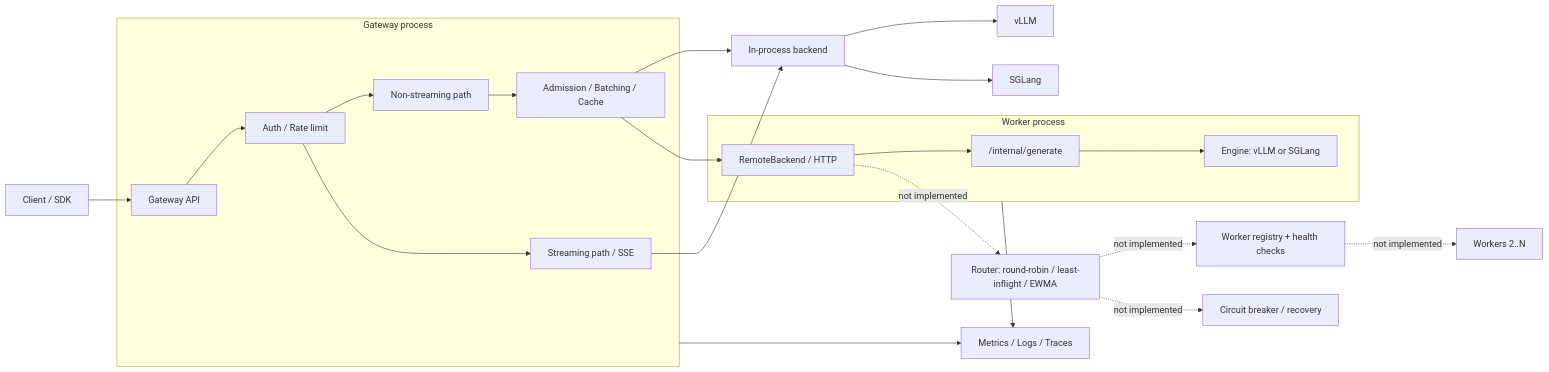
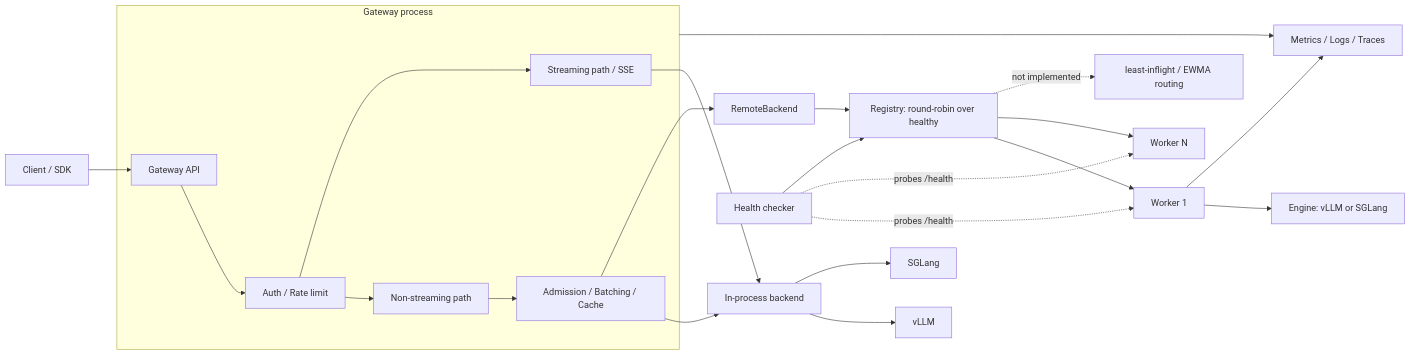
Before and after one commit to Kare0638/V-Gate: the diagram in README.md, drawn with Mermaid. The commit also changed other lines of this file and 10 other files, not shown here.

First line of the commit message:
feat: route across multiple workers with health-based failover

````diff
--- a/README.md
+++ b/README.md
@@ -53,31 +53,31 @@
 ```mermaid
 flowchart LR
     Client[Client / SDK] --> API[Gateway API]
 
     subgraph GW[Gateway process]
         API --> Sec[Auth / Rate limit]
         Sec --> NonStream[Non-streaming path]
         Sec --> Stream[Streaming path / SSE]
         NonStream --> Batcher[Admission / Batching / Cache]
     end
 
     Batcher --> Local[In-process backend]
     Stream --> Local
     Local --> VLLM[vLLM]
     Local --> SGLang[SGLang]
 
-    Batcher --> Remote[RemoteBackend / HTTP]
+    Batcher --> Remote[RemoteBackend]
+    Remote --> Registry[Registry: round-robin over healthy]
+    Registry --> W1[Worker 1]
+    Registry --> W2[Worker N]
+    HC[Health checker] -. probes /health .-> W1
+    HC -. probes /health .-> W2
+    HC --> Registry
 
-    subgraph WK[Worker process]
-        Remote --> WAPI["/internal/generate"]
-        WAPI --> WEngine[Engine: vLLM or SGLang]
-    end
+    W1 --> WEngine[Engine: vLLM or SGLang]
 
-    Remote -. not implemented .-> Router[Router: round-robin / least-inflight / EWMA]
-    Router -. not implemented .-> Registry[Worker registry + health checks]
-    Registry -. not implemented .-> W2[Workers 2..N]
-    Router -. not implemented .-> CB[Circuit breaker / recovery]
+    Registry -. not implemented .-> LI[least-inflight / EWMA routing]
 
     GW --> Obs[Metrics / Logs / Traces]
-    WK --> Obs
+    W1 --> Obs
 ```
````
